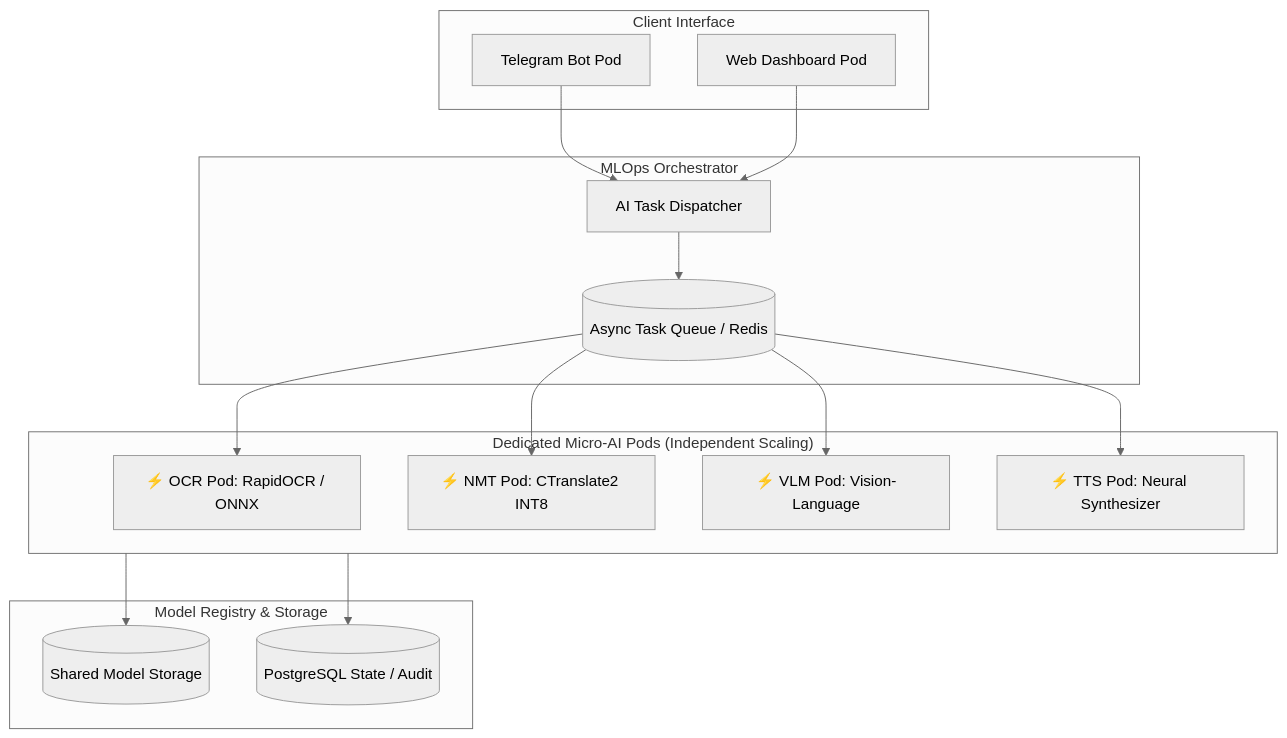
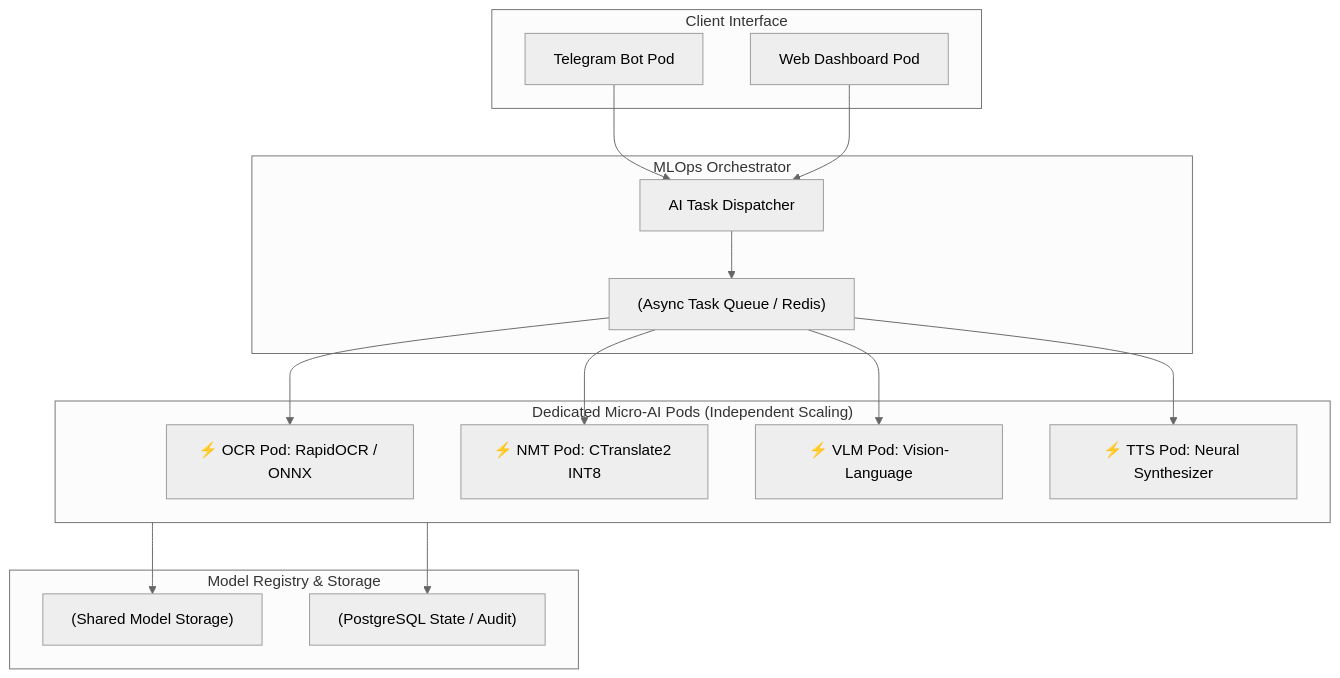
The second of 2 diagrams in content/Edge_AI/09_mlops_multi_engine_architecture_and_benchmark.md (ttlojs-john/Technical-Notes), drawn with Mermaid (neutral theme) before and after one commit. The commit also changed other lines of this file and 112 other files, not shown here.

Commit message:
fix(mermaid): fix Mermaid v11.4.0 syntax errors in eBPF report and sync updated content docs

````diff
--- a/content/Edge_AI/09_mlops_multi_engine_architecture_and_benchmark.md
+++ b/content/Edge_AI/09_mlops_multi_engine_architecture_and_benchmark.md
@@ -53,34 +57,35 @@
 ```mermaid
+
 flowchart TD
     subgraph Client ["Client Interface"]
         TB[Telegram Bot Pod]
         WD[Web Dashboard Pod]
     end
 
     subgraph MLOps_Core ["MLOps Orchestrator"]
         DISPATCH[AI Task Dispatcher]
-        QUEUE[(Async Task Queue / Redis)]
+        QUEUE["(Async Task Queue / Redis)"]
     end
 
     subgraph Dedicated_Engines ["Dedicated Micro-AI Pods (Independent Scaling)"]
-        OCR[⚡ OCR Pod: RapidOCR / ONNX]
-        NMT[⚡ NMT Pod: CTranslate2 INT8]
-        VLM[⚡ VLM Pod: Vision-Language]
-        TTS[⚡ TTS Pod: Neural Synthesizer]
+        OCR["⚡ OCR Pod: RapidOCR / ONNX"]
+        NMT["⚡ NMT Pod: CTranslate2 INT8"]
+        VLM["⚡ VLM Pod: Vision-Language"]
+        TTS["⚡ TTS Pod: Neural Synthesizer"]
     end
 
     subgraph Storage ["Model Registry & Storage"]
-        REGISTRY[(Shared Model Storage)]
-        PG[(PostgreSQL State / Audit)]
+        REGISTRY["(Shared Model Storage)"]
+        PG["(PostgreSQL State / Audit)"]
     end
 
     TB --> DISPATCH
     WD --> DISPATCH
     DISPATCH --> QUEUE
     QUEUE --> OCR
     QUEUE --> NMT
     QUEUE --> VLM
     QUEUE --> TTS
     Dedicated_Engines --> REGISTRY
     Dedicated_Engines --> PG
 ```
````
